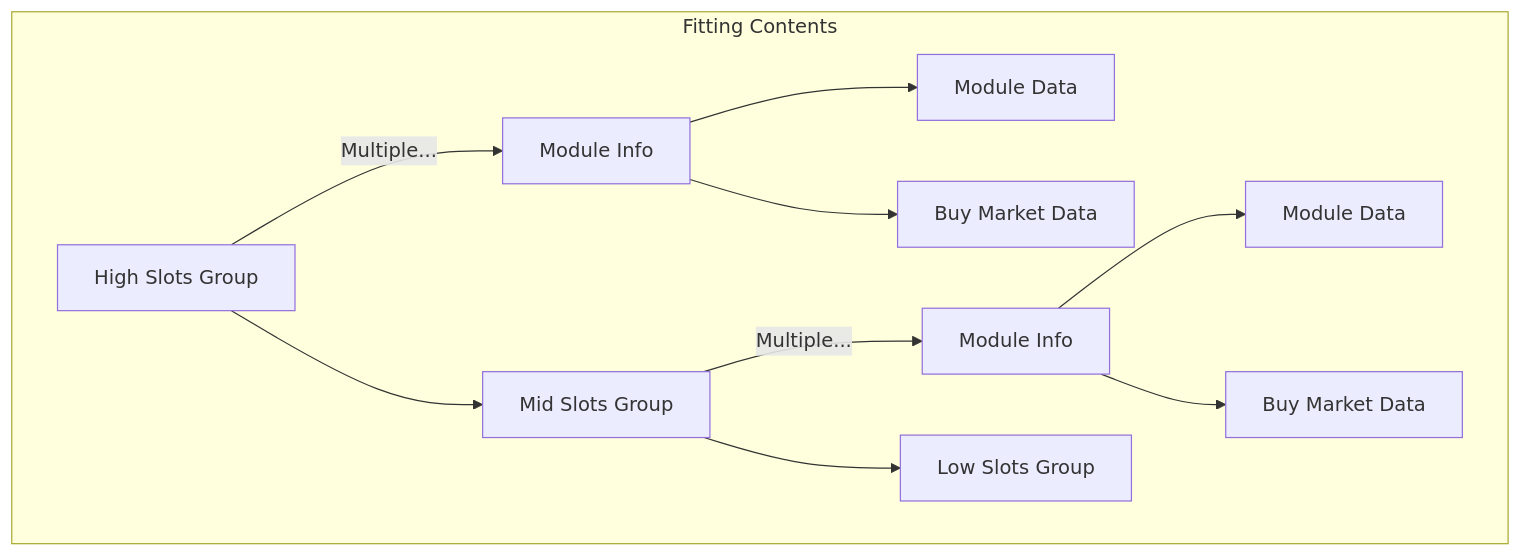
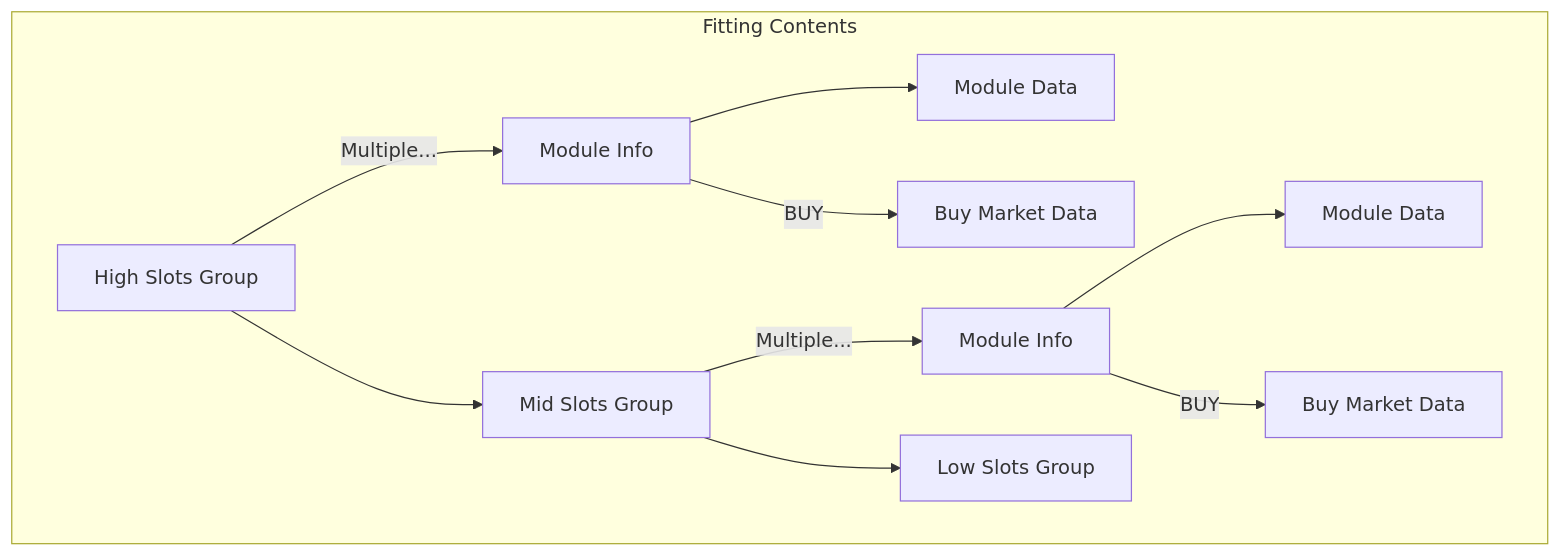
The second of 2 diagrams in NeoCom-Infinity-Frontend/ProjectControl/PROJECT NOTES.md (AdamAntinoo/neocom-infinity), drawn with Mermaid before and after one commit. The commit also changed other lines of this file and 9 other files, not shown here.

````diff
--- a/NeoCom-Infinity-Frontend/ProjectControl/PROJECT NOTES.md
+++ b/NeoCom-Infinity-Frontend/ProjectControl/PROJECT NOTES.md
@@ -39,14 +39,14 @@
 ```mermaid
 graph TB
 
     subgraph "Fitting Contents"
     Node6[High Slots Group] --> Node7[Mid Slots Group]
     Node6 -- Multiple... --> Node10[Module Info]
     Node10 --> Node11[Module Data]
-    Node10 --> Node12[Buy Market Data]
+    Node10 -- BUY --> Node12[Buy Market Data]
     Node7 -- Multiple... --> Node13[Module Info]
     Node7 --> Node16[Low Slots Group]
     Node13 --> Node14[Module Data]
-    Node13 --> Node15[Buy Market Data]
+    Node13 -- BUY --> Node15[Buy Market Data]
 end
 ```
````
